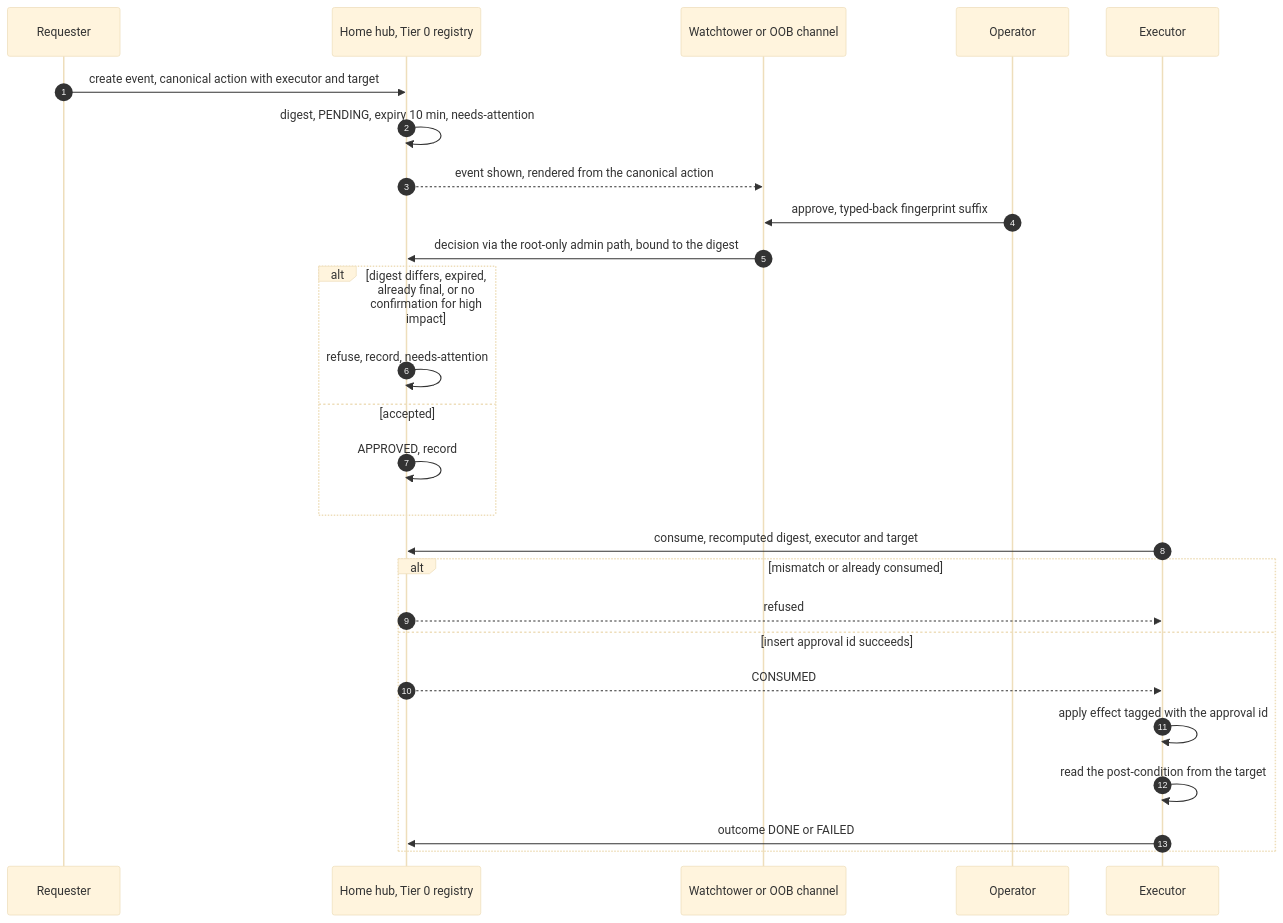
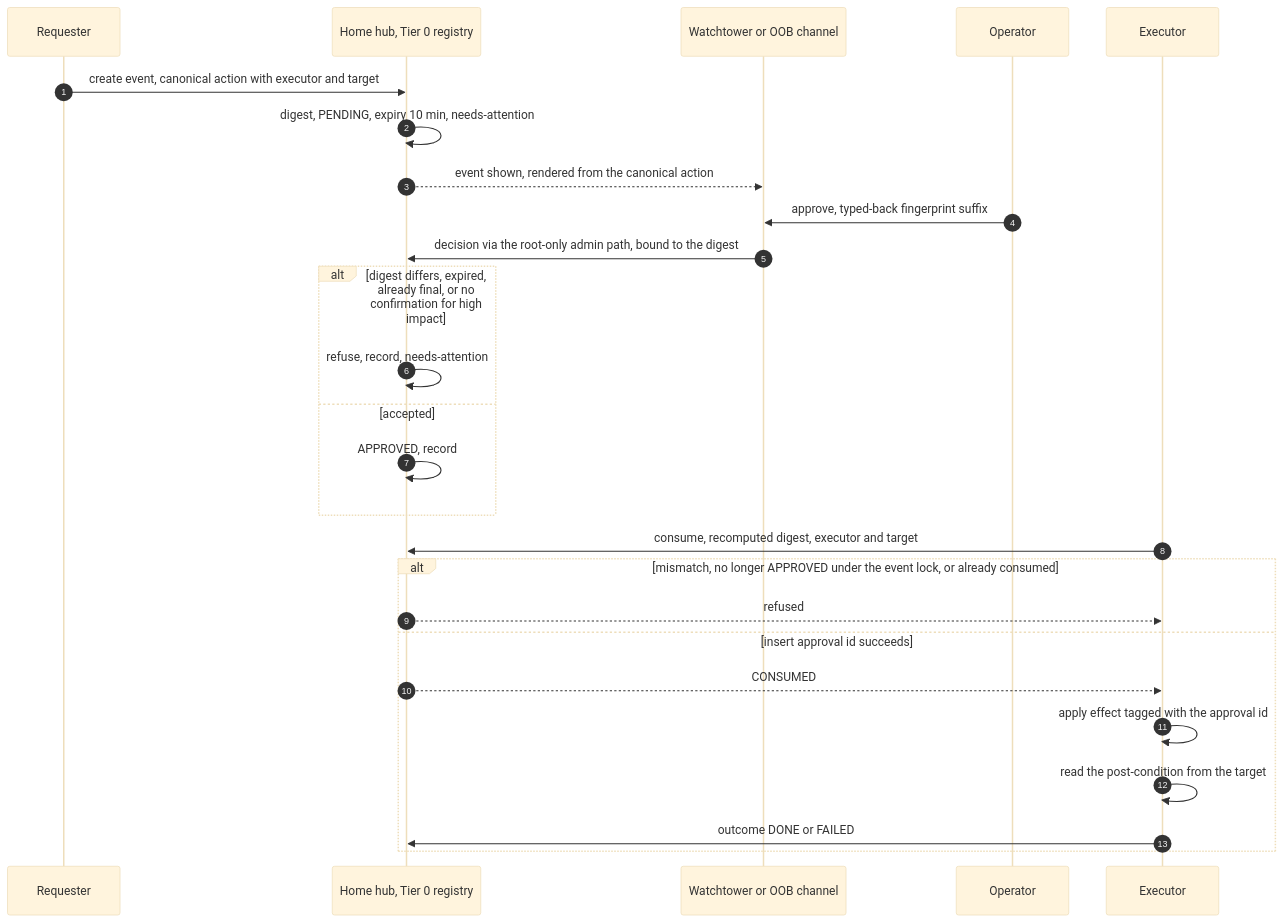
Before and after one commit to DimitriGeelen/termlink: the third of 4 diagrams in docs/design/interactive-agent-communication-06b-pseudo-code-later-phases.md, drawn with Mermaid (base theme). The commit also changed other lines of this file and 2 other files, not shown here.

Commit message:
T-3355: r2 F-1 AL-43 consume is one conditional step at the hub under event.lock (CAS APPROVED->CONSUMED with the insert); cancel/revoke/expiry race edge case; FCW-191; ZR-1 (f1)

````diff
--- a/docs/design/interactive-agent-communication-06b-pseudo-code-later-phases.md
+++ b/docs/design/interactive-agent-communication-06b-pseudo-code-later-phases.md
@@ -418,28 +449,28 @@
 ```mermaid
 sequenceDiagram
   autonumber
   participant RQ as Requester
   participant H as Home hub, Tier 0 registry
   participant WT as Watchtower or OOB channel
   participant OP as Operator
   participant EX as Executor
   RQ->>H: create event, canonical action with executor and target
   H->>H: digest, PENDING, expiry 10 min, needs-attention
   H-->>WT: event shown, rendered from the canonical action
   OP->>WT: approve, typed-back fingerprint suffix
   WT->>H: decision via the root-only admin path, bound to the digest
   alt digest differs, expired, already final, or no confirmation for high impact
     H->>H: refuse, record, needs-attention
   else accepted
     H->>H: APPROVED, record
   end
   EX->>H: consume, recomputed digest, executor and target
-  alt mismatch or already consumed
+  alt mismatch, no longer APPROVED under the event lock, or already consumed
     H-->>EX: refused
   else insert approval id succeeds
     H-->>EX: CONSUMED
     EX->>EX: apply effect tagged with the approval id
     EX->>EX: read the post-condition from the target
     EX->>H: outcome DONE or FAILED
   end
 ```
````
